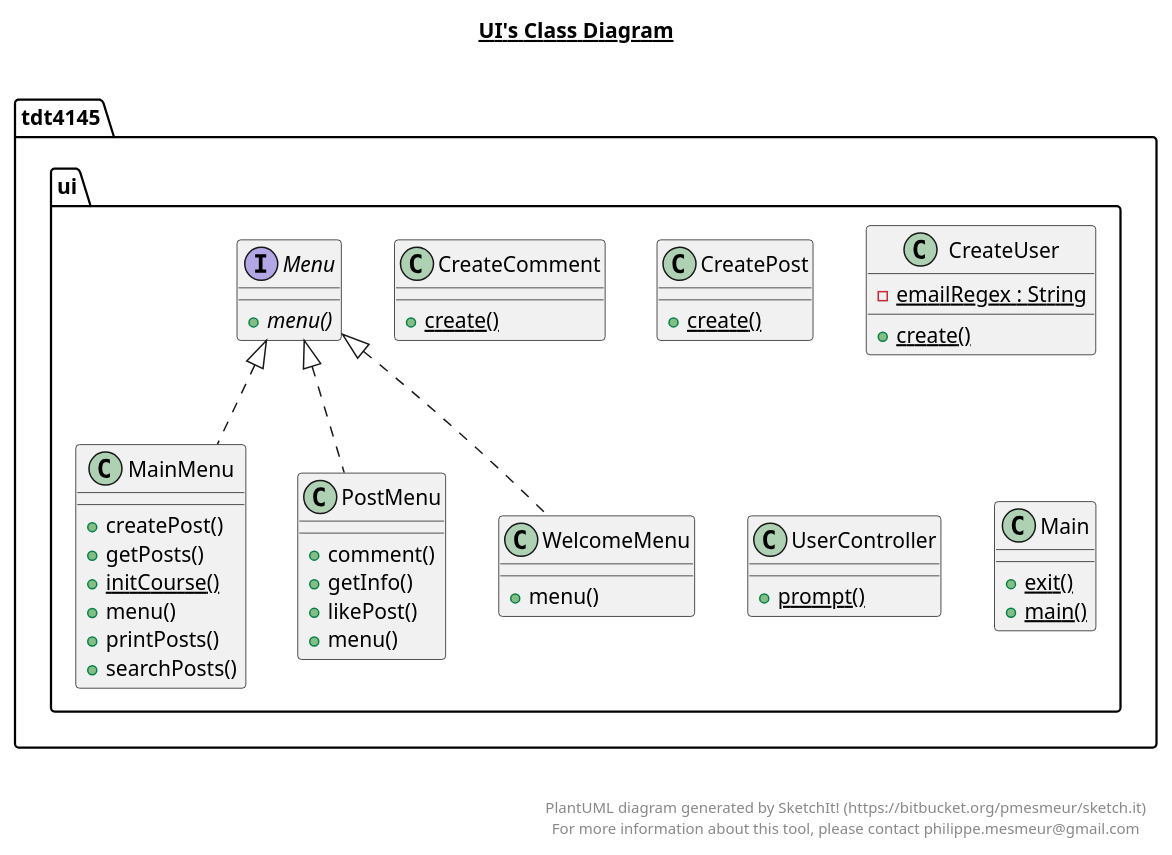
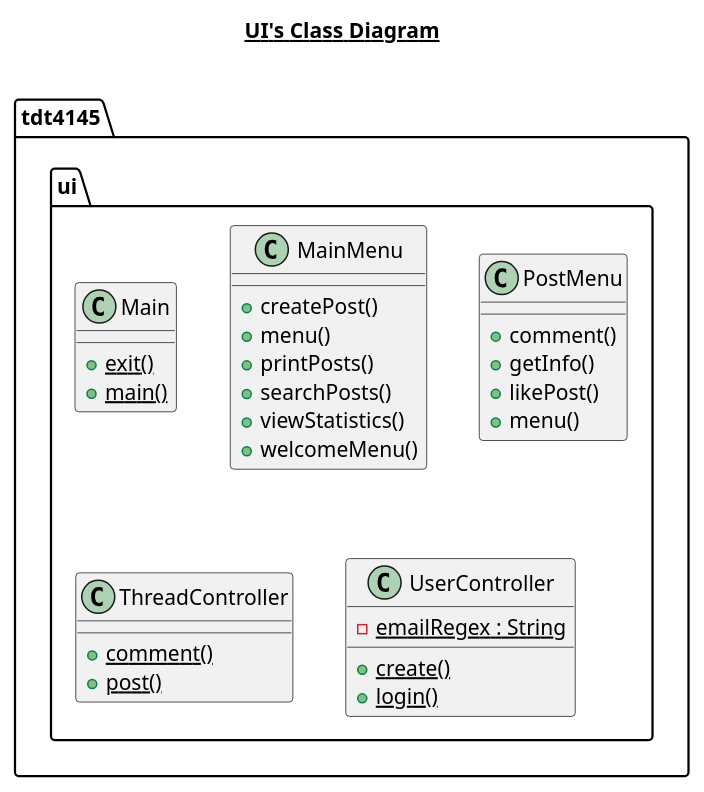
One commit to StefanTomic-NTNU/piazza changed the diagram in documentation/UML/ui.plantuml. Above: the diagram before and after it, drawn with PlantUML. The commit also changed 2 other files, not shown here.

```diff
--- a/documentation/UML/ui.plantuml
+++ b/documentation/UML/ui.plantuml
@@ -1,90 +1,51 @@
 @startuml
 
 title __UI's Class Diagram__\n
-
-  namespace tdt4145.ui {
-    class tdt4145.ui.CreateComment {
-        {static} + create()
-    }
-  }
-  
-
-  namespace tdt4145.ui {
-    class tdt4145.ui.CreatePost {
-        {static} + create()
-    }
-  }
-  
-
-  namespace tdt4145.ui {
-    class tdt4145.ui.CreateUser {
-        {static} - emailRegex : String
-        {static} + create()
-    }
-  }
-  
-
-  namespace tdt4145.ui {
-    class tdt4145.ui.UserController {
-        {static} + prompt()
-    }
-  }
-  
 
   namespace tdt4145.ui {
     class tdt4145.ui.Main {
         {static} + exit()
         {static} + main()
     }
   }
   
 
   namespace tdt4145.ui {
     class tdt4145.ui.MainMenu {
         + createPost()
-        + getPosts()
-        {static} + initCourse()
         + menu()
         + printPosts()
         + searchPosts()
-    }
-  }
-  
-
-  namespace tdt4145.ui {
-    interface tdt4145.ui.Menu {
-        {abstract} + menu()
+        + viewStatistics()
+        + welcomeMenu()
     }
   }
   
 
   namespace tdt4145.ui {
     class tdt4145.ui.PostMenu {
         + comment()
         + getInfo()
         + likePost()
         + menu()
     }
   }
   
 
   namespace tdt4145.ui {
-    class tdt4145.ui.WelcomeMenu {
-        + menu()
+    class tdt4145.ui.ThreadController {
+        {static} + comment()
+        {static} + post()
     }
   }
   
 
-  tdt4145.ui.MainMenu .up.|> tdt4145.ui.Menu
-  tdt4145.ui.PostMenu .up.|> tdt4145.ui.Menu
-  tdt4145.ui.WelcomeMenu .up.|> tdt4145.ui.Menu
-
-
-right footer
-
-
-PlantUML diagram generated by SketchIt! (https://bitbucket.org/pmesmeur/sketch.it)
-For more information about this tool, please contact philippe.mesmeur@gmail.com
-endfooter
+  namespace tdt4145.ui {
+    class tdt4145.ui.UserController {
+        {static} - emailRegex : String
+        {static} + create()
+        {static} + login()
+    }
+  }
 
 @enduml
```
